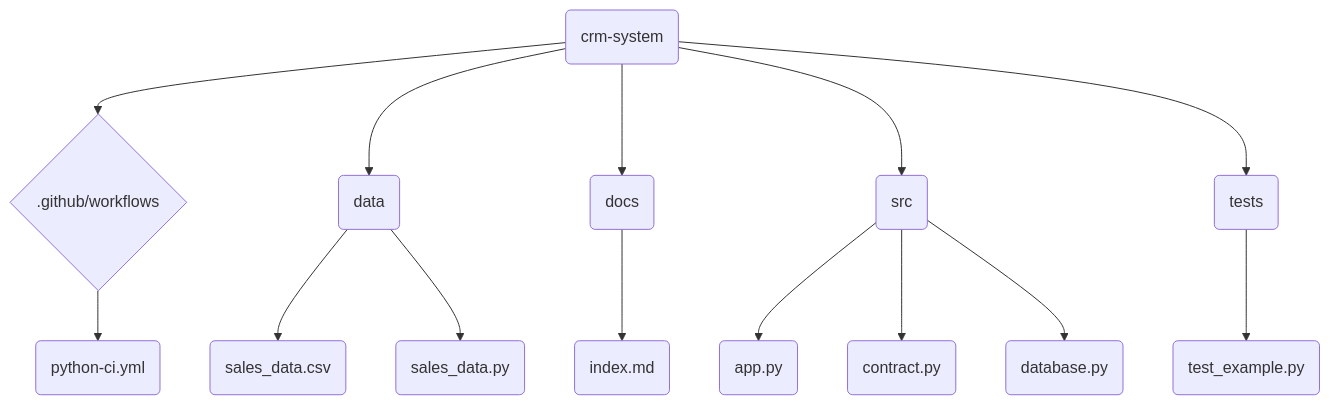
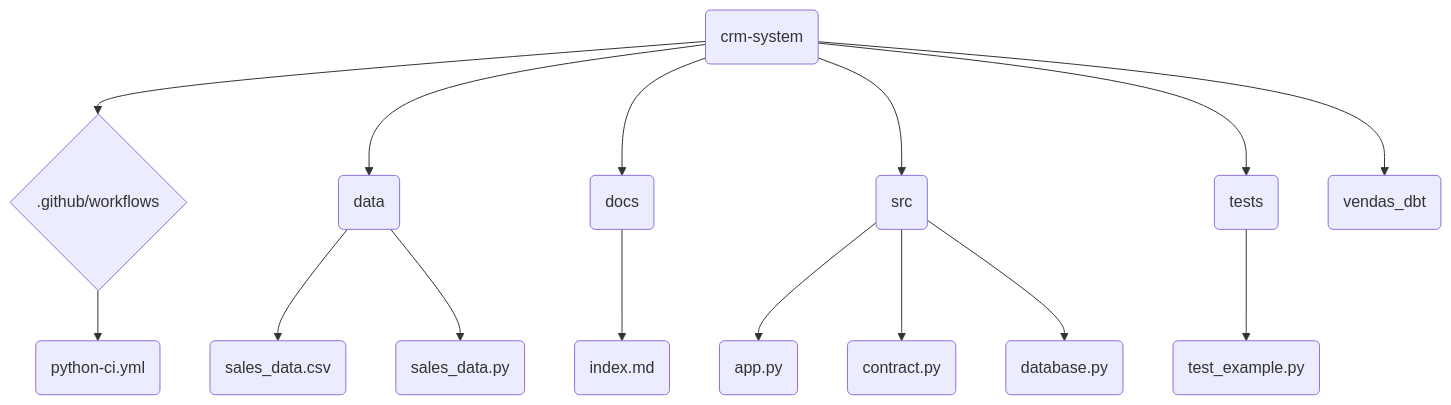
One commit to Jcnok/crm-system changed the diagram in README.md. Above: the diagram before and after it, drawn with Mermaid.

Commit message:
update: readme.md

````diff
--- a/README.md
+++ b/README.md
@@ -10,17 +10,18 @@
 ```mermaid
 graph TD
     B(crm-system);
     B --> C{.github/workflows};
     B --> D(data);
     B --> E(docs);
     B --> F(src);
     B --> G(tests);
+    B --> Q(vendas_dbt);
     C --> H(python-ci.yml);
     D --> I(sales_data.csv);
     D --> J(sales_data.py);
     E --> K(index.md);
     F --> M(app.py);
     F --> N(contract.py);
     F --> O(database.py);
     G --> P(test_example.py);       
 ```
````
